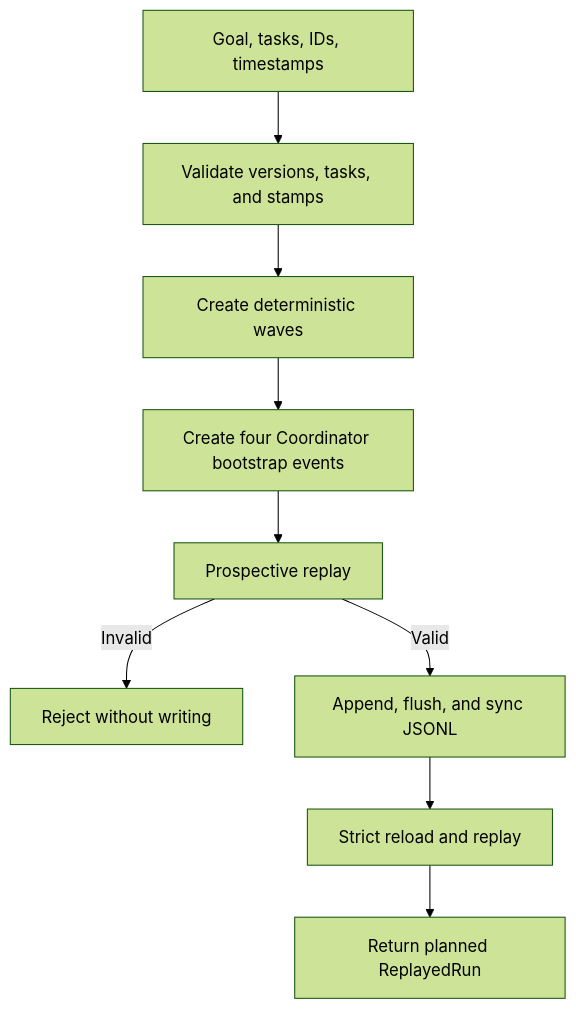
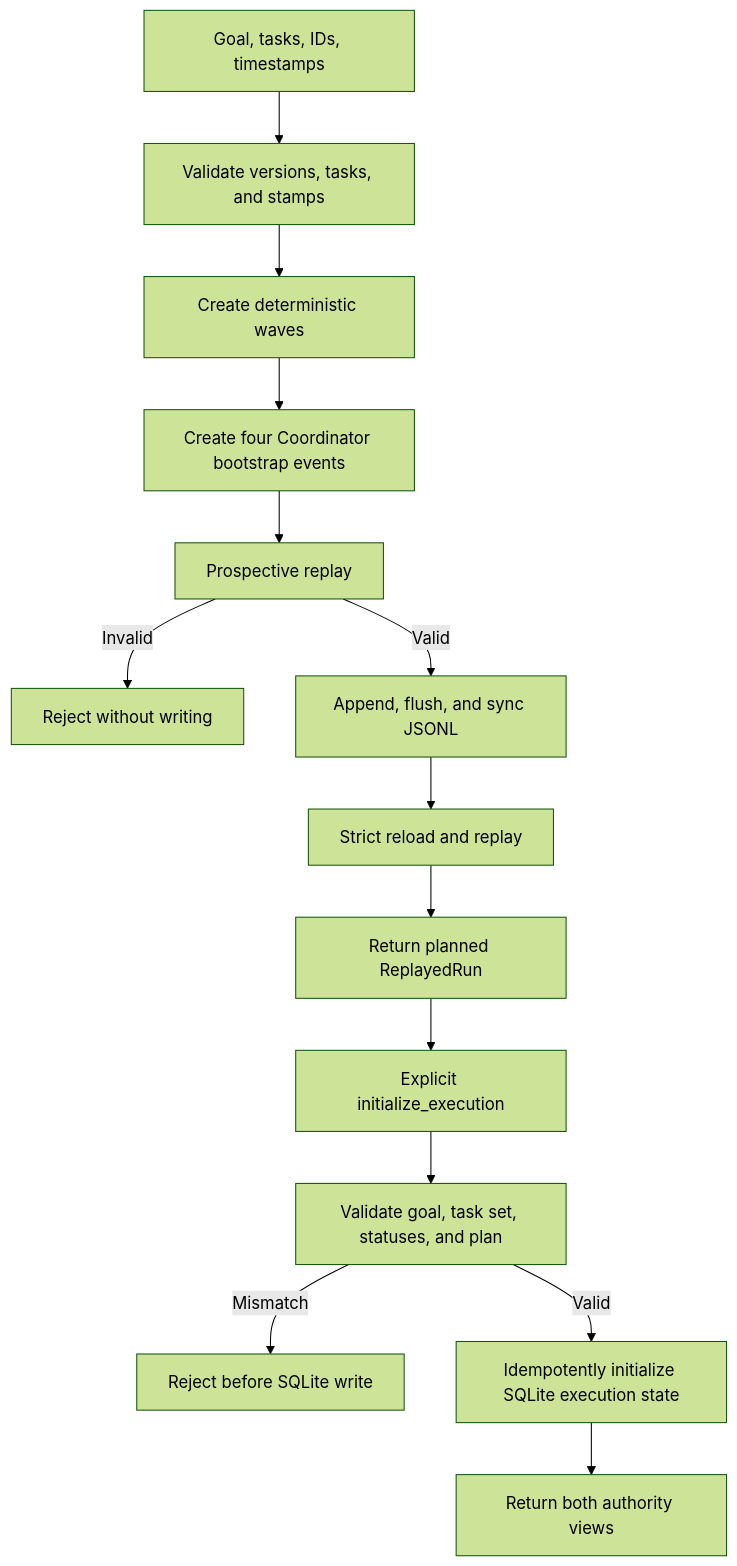
One commit to nattawatpuntachot52/ovca-core changed diagram 12 of 14 in docs/system-workflows.md. Above: the diagram before and after it, drawn with Mermaid (forest theme). The commit also changed other lines of this file and 13 other files, not shown here.

````diff
--- a/docs/system-workflows.md
+++ b/docs/system-workflows.md
@@ -525,11 +525,16 @@
 ```mermaid
 flowchart TD
     Input["Goal, tasks, IDs, timestamps"] --> Validate["Validate versions, tasks, and stamps"]
     Validate --> Schedule["Create deterministic waves"]
     Schedule --> Events["Create four Coordinator bootstrap events"]
     Events --> Replay["Prospective replay"]
     Replay -->|"Invalid"| Reject["Reject without writing"]
     Replay -->|"Valid"| Persist["Append, flush, and sync JSONL"]
     Persist --> Reload["Strict reload and replay"]
     Reload --> Planned["Return planned ReplayedRun"]
+    Planned --> Explicit["Explicit initialize_execution"]
+    Explicit --> ValidateExecution["Validate goal, task set, statuses, and plan"]
+    ValidateExecution -->|"Mismatch"| RejectSqlite["Reject before SQLite write"]
+    ValidateExecution -->|"Valid"| Sqlite["Idempotently initialize SQLite execution state"]
+    Sqlite --> Combined["Return both authority views"]
 ```
````
